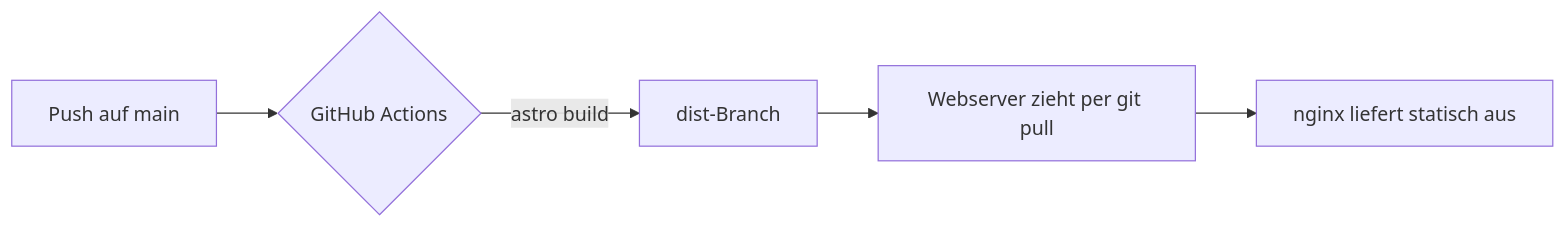
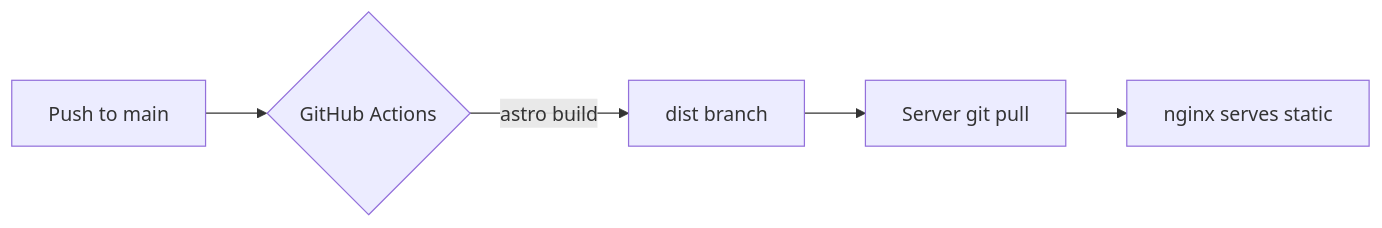
The first of 2 diagrams in src/content/blog/mermaid-test/de.md (eskopp/AstroBlog), drawn with Mermaid before and after one commit. The commit also changed 4 other files, not shown here.

Commit message:
Canonical Mermaid syntax in the diagram posts + theme v0.2.24

````diff
--- a/src/content/blog/mermaid-test/de.md
+++ b/src/content/blog/mermaid-test/de.md
@@ -15,7 +15,7 @@
 ```mermaid
 flowchart LR
-    A["Push auf main"] --> B{"GitHub Actions"}
-    B -->|"astro build"| C["dist-Branch"]
-    C --> D["Webserver zieht per git pull"]
-    D --> E["nginx liefert statisch aus"]
+    A[Push to main] --> B{GitHub Actions}
+    B -->|astro build| C[dist branch]
+    C --> D[Server git pull]
+    D --> E[nginx serves static]
 ```
````
